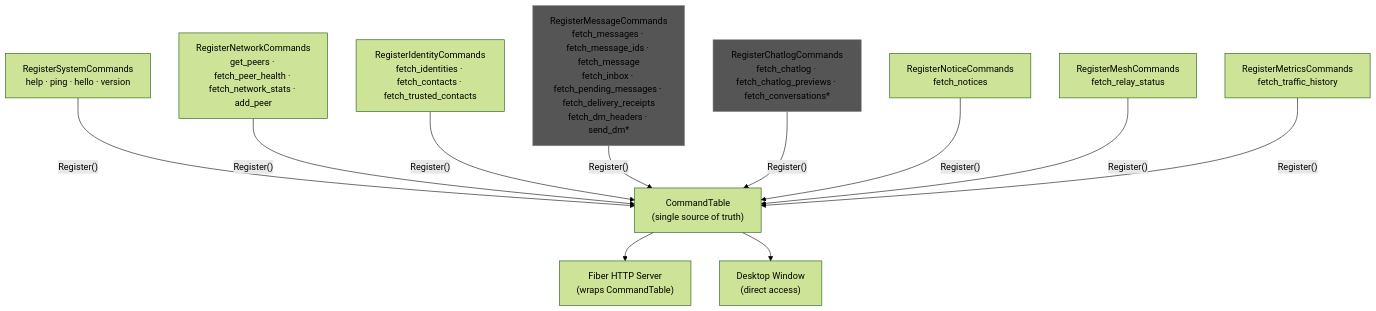
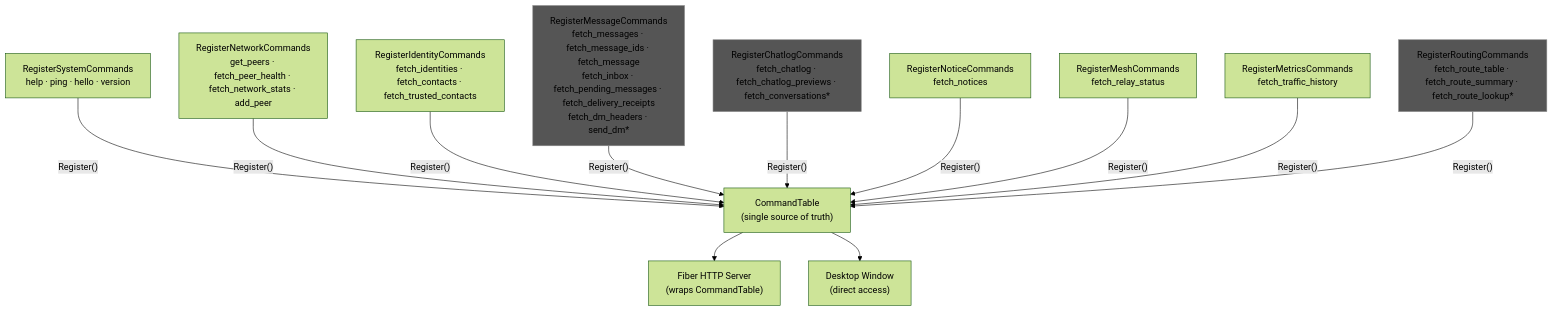
Before and after one commit to piratecash/corsa: the fourth of 8 diagrams in docs/rpc.md, drawn with Mermaid (forest theme). The commit also changed other lines of this file and 36 other files, not shown here.

````diff
--- a/docs/rpc.md
+++ b/docs/rpc.md
@@ -166,28 +166,31 @@
 ```mermaid
 graph TD
     TABLE["CommandTable<br/>(single source of truth)"]
 
     REG_SYS["RegisterSystemCommands<br/>help · ping · hello · version"]
     REG_NET["RegisterNetworkCommands<br/>get_peers · fetch_peer_health · fetch_network_stats · add_peer"]
     REG_IDN["RegisterIdentityCommands<br/>fetch_identities · fetch_contacts · fetch_trusted_contacts"]
     REG_MSG["RegisterMessageCommands<br/>fetch_messages · fetch_message_ids · fetch_message<br/>fetch_inbox · fetch_pending_messages · fetch_delivery_receipts<br/>fetch_dm_headers · send_dm*"]
     REG_CHT["RegisterChatlogCommands<br/>fetch_chatlog · fetch_chatlog_previews · fetch_conversations*"]
     REG_NTC["RegisterNoticeCommands<br/>fetch_notices"]
     REG_MSH["RegisterMeshCommands<br/>fetch_relay_status"]
     REG_MET["RegisterMetricsCommands<br/>fetch_traffic_history"]
+    REG_RTE["RegisterRoutingCommands<br/>fetch_route_table · fetch_route_summary · fetch_route_lookup*"]
 
     REG_SYS -->|"Register()"| TABLE
     REG_NET -->|"Register()"| TABLE
     REG_IDN -->|"Register()"| TABLE
     REG_MSG -->|"Register()"| TABLE
     REG_CHT -->|"Register()"| TABLE
     REG_NTC -->|"Register()"| TABLE
     REG_MSH -->|"Register()"| TABLE
     REG_MET -->|"Register()"| TABLE
+    REG_RTE -->|"Register()"| TABLE
 
     TABLE --> SERVER["Fiber HTTP Server<br/>(wraps CommandTable)"]
     TABLE --> WINDOW["Desktop Window<br/>(direct access)"]
 
     style REG_CHT fill:#555,stroke:#888
     style REG_MSG fill:#555,stroke:#888
+    style REG_RTE fill:#555,stroke:#888
 ```
````
